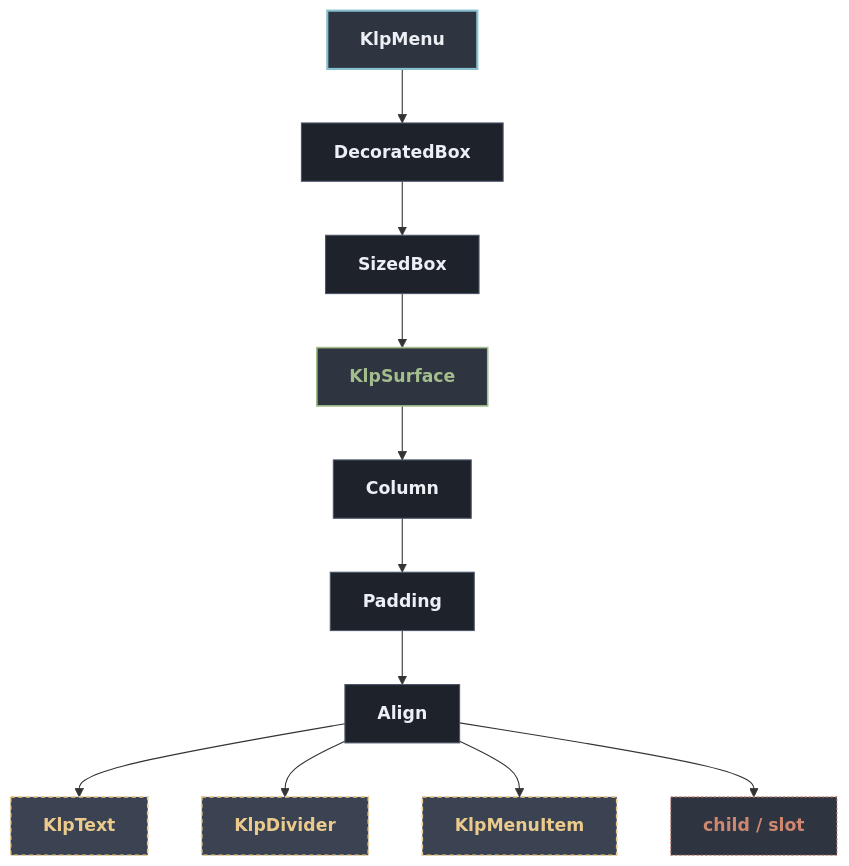
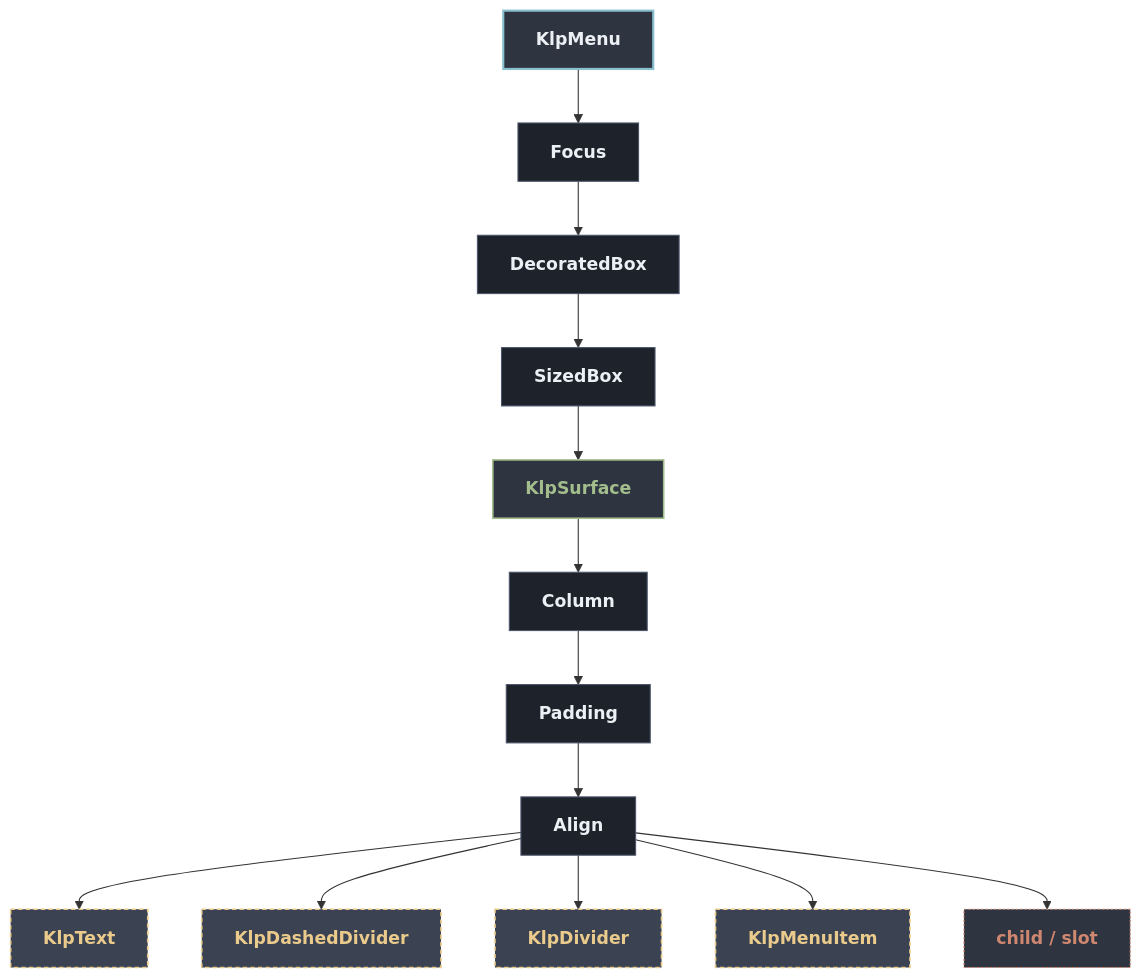
One commit to MiuDog/Kallopis changed the diagram in docs/architecture/components/overlay/klp_menu.md. Above: the diagram before and after it, drawn with Mermaid. The commit also changed other lines of this file and 1105 other files, not shown here.

Commit message:
refactor: establish semantic design architecture

````diff
--- a/docs/architecture/components/overlay/klp_menu.md
+++ b/docs/architecture/components/overlay/klp_menu.md
@@ -13,30 +13,34 @@
 ```mermaid
 flowchart TD
   classDef default fill:#1E222B,stroke:#4C566A,stroke-width:1px,color:#ECEFF4;
   classDef root fill:#2E3440,stroke:#88C0D0,stroke-width:2px,color:#ECEFF4,font-weight:bold;
   classDef reference fill:#3B4252,stroke:#EBCB8B,stroke-width:1.5px,stroke-dasharray: 4 3,color:#EBCB8B;
   classDef container fill:#2E3440,stroke:#A3BE8C,stroke-width:1.5px,color:#A3BE8C;
   classDef slot fill:#2E3440,stroke:#D08770,stroke-width:1px,stroke-dasharray: 2 2,color:#D08770;
 
   root["KlpMenu"]:::root
-  n1["DecoratedBox"]
+  n1["Focus"]
   root --> n1
-  n2["SizedBox"]
+  n2["DecoratedBox"]
   n1 --> n2
-  n3["KlpSurface"]:::container
+  n3["SizedBox"]
   n2 --> n3
-  n4["Column"]
+  n4["KlpSurface"]:::container
   n3 --> n4
-  n5["Padding"]
+  n5["Column"]
   n4 --> n5
-  n6["Align"]
+  n6["Padding"]
   n5 --> n6
-  n7["KlpText"]:::reference
+  n7["Align"]
   n6 --> n7
-  n8["KlpDivider"]:::reference
-  n6 --> n8
-  n9["KlpMenuItem"]:::reference
-  n6 --> n9
-  n10["child / slot"]:::slot
-  n6 --> n10
+  n8["KlpText"]:::reference
+  n7 --> n8
+  n9["KlpDashedDivider"]:::reference
+  n7 --> n9
+  n10["KlpDivider"]:::reference
+  n7 --> n10
+  n11["KlpMenuItem"]:::reference
+  n7 --> n11
+  n12["child / slot"]:::slot
+  n7 --> n12
 ```
````
